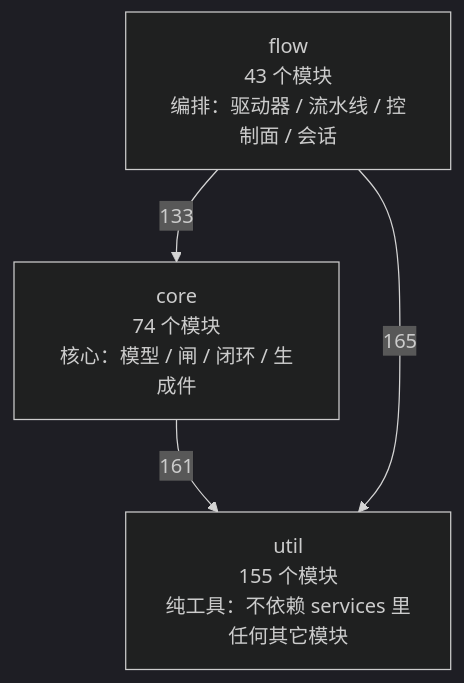
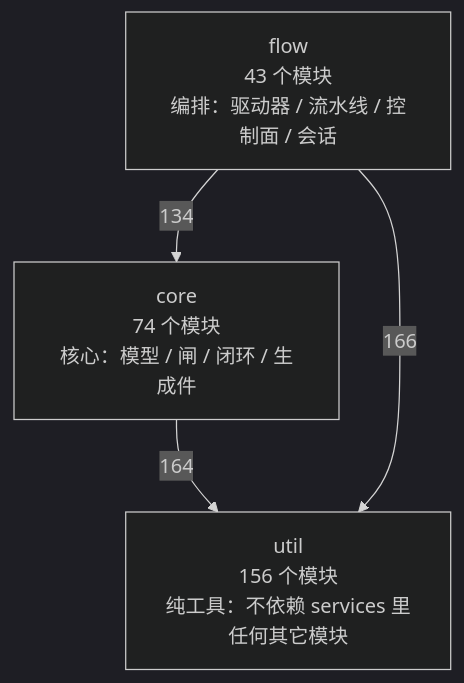
Before and after one commit to 2686521696/WhyBuddy: the first of 4 diagrams in docs/SlideRule V6.2 架构图（自动生成）.md, drawn with Mermaid (dark theme). The commit also changed other lines of this file and 1 other file, not shown here.

Commit message:
架构图补上会话上传和办公镜像构建脚本。

````diff
--- a/docs/SlideRule V6.2 架构图（自动生成）.md
+++ b/docs/SlideRule V6.2 架构图（自动生成）.md
@@ -50,9 +50,9 @@
 ```mermaid
 flowchart TB
-  util["util<br/>155 个模块<br/>纯工具：不依赖 services 里任何其它模块"]
+  util["util<br/>156 个模块<br/>纯工具：不依赖 services 里任何其它模块"]
   core["core<br/>74 个模块<br/>核心：模型 / 闸 / 闭环 / 生成件"]
   flow["flow<br/>43 个模块<br/>编排：驱动器 / 流水线 / 控制面 / 会话"]
-  core -->|161| util
-  flow -->|133| core
-  flow -->|165| util
+  core -->|164| util
+  flow -->|134| core
+  flow -->|166| util
 ```
````
